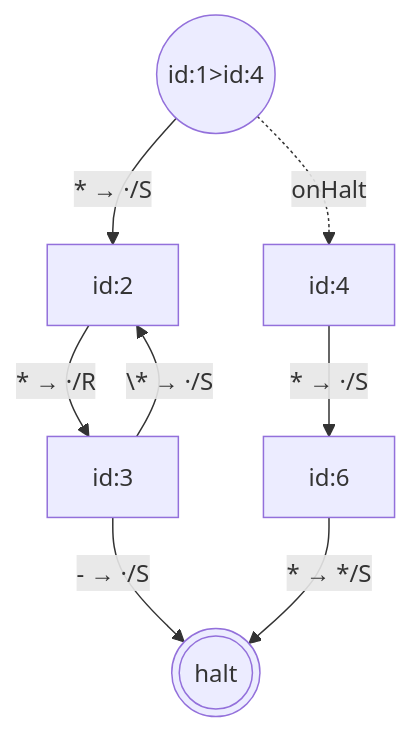
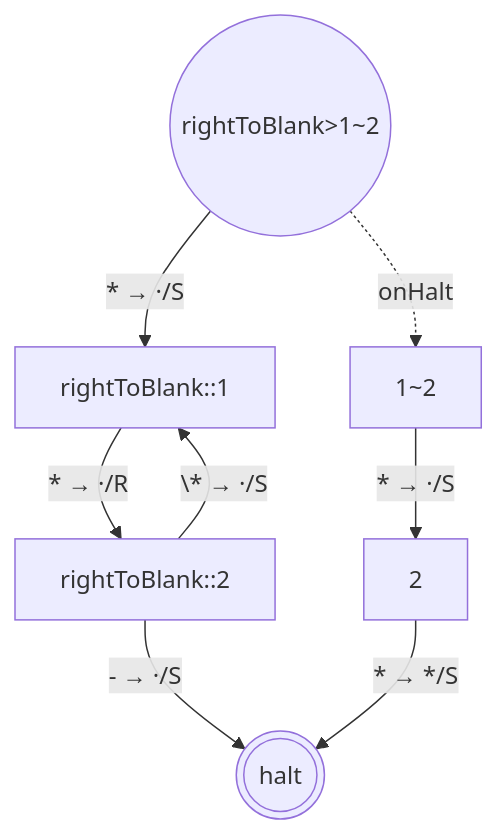
One commit to mellonis/post-machine-js changed the fourth of 4 diagrams in packages/machine/README.md. Above: the diagram before and after it, drawn with Mermaid. The commit also changed other lines of this file and 1 other file, not shown here.

Commit message:
Tighten Mermaid shape-pin tests to literal instruction-derived names

````diff
--- a/packages/machine/README.md
+++ b/packages/machine/README.md
@@ -269,17 +269,17 @@
 ```mermaid
 flowchart TD
 %% alphabets: [[" ","*"]]
   s0(((halt)))
-  s2["id:2"]
-  s3["id:3"]
-  s4["id:4"]
-  s5(("id:1>id:4"))
-  s6["id:6"]
-  s2 -- "* → ·/R" --> s3
-  s3 -- "\* → ·/S" --> s2
-  s3 -- "- → ·/S" --> s0
-  s4 -- "* → ·/S" --> s6
-  s5 -- "* → ·/S" --> s2
-  s5 -. onHalt .-> s4
-  s6 -- "* → */S" --> s0
+  s5["rightToBlank::1"]
+  s6["rightToBlank::2"]
+  s7["1~2"]
+  s8(("rightToBlank>1~2"))
+  s9["2"]
+  s5 -- "* → ·/R" --> s6
+  s6 -- "\* → ·/S" --> s5
+  s6 -- "- → ·/S" --> s0
+  s7 -- "* → ·/S" --> s9
+  s8 -- "* → ·/S" --> s5
+  s8 -. onHalt .-> s7
+  s9 -- "* → */S" --> s0
 ```
````
